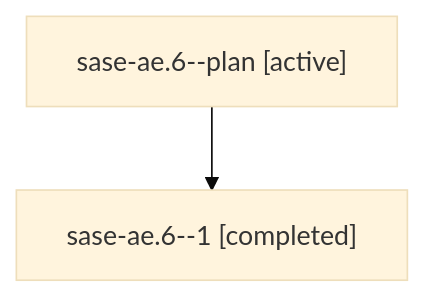
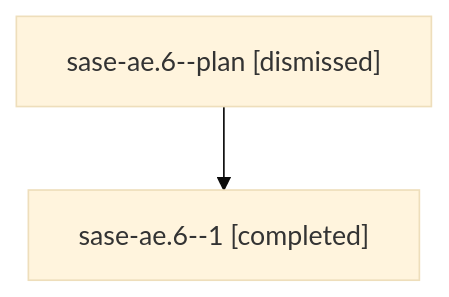
One commit to sase-org/sase--agents changed the diagram in sessions/bbugyi200.athena.sase-ae.6.md. Above: the diagram before and after it, drawn with Mermaid (base theme). The commit also changed other lines of this file and 88 other files, not shown here.

````diff
--- a/sessions/bbugyi200.athena.sase-ae.6.md
+++ b/sessions/bbugyi200.athena.sase-ae.6.md
@@ -9,6 +9,6 @@
 ```mermaid
 flowchart TD
-  n0["sase-ae.6--plan [active]"]
+  n0["sase-ae.6--plan [dismissed]"]
   n1["sase-ae.6--1 [completed]"]
   n0 --> n1
 ```
````
